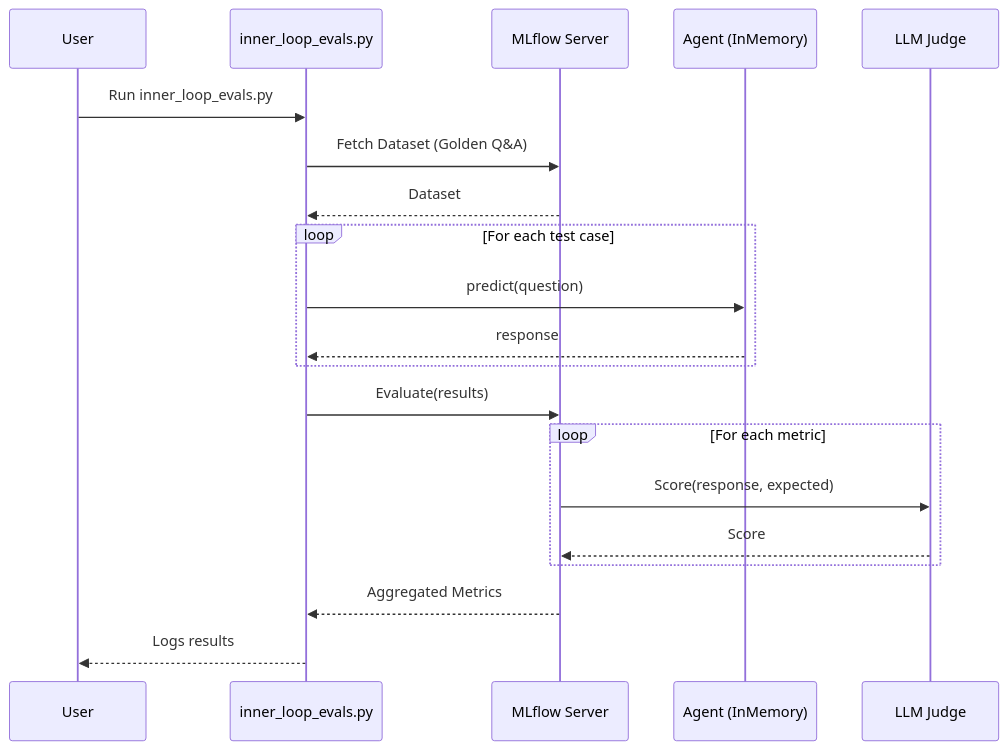
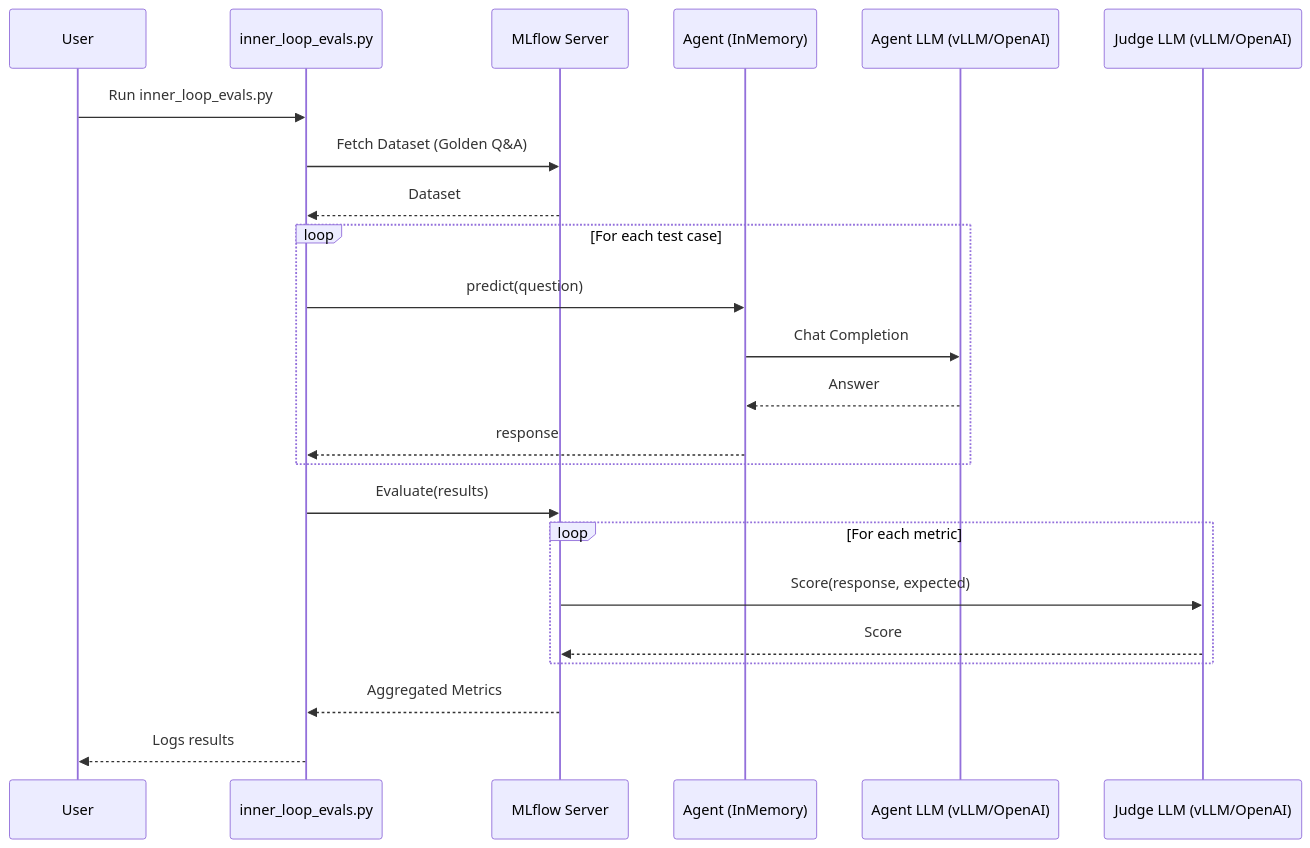
One commit to briangallagher/demo_mlflow_agent_tracing changed the fourth of 5 diagrams in README.md. Above: the diagram before and after it, drawn with Mermaid. The commit also changed other lines of this file, not shown here.

````diff
--- a/README.md
+++ b/README.md
@@ -254,26 +255,29 @@
 ```mermaid
 sequenceDiagram
     participant User
     participant Script as inner_loop_evals.py
     participant MLflow as MLflow Server
     participant Agent as Agent (InMemory)
-    participant Judge as LLM Judge
+    participant LLM as Agent LLM (vLLM/OpenAI)
+    participant Judge as Judge LLM (vLLM/OpenAI)
 
     User->>Script: Run inner_loop_evals.py
     Script->>MLflow: Fetch Dataset (Golden Q&A)
     MLflow-->>Script: Dataset
     
     loop For each test case
         Script->>Agent: predict(question)
+        Agent->>LLM: Chat Completion
+        LLM-->>Agent: Answer
         Agent-->>Script: response
     end
     
     Script->>MLflow: Evaluate(results)
     loop For each metric
         MLflow->>Judge: Score(response, expected)
         Judge-->>MLflow: Score
     end
     
     MLflow-->>Script: Aggregated Metrics
     Script-->>User: Logs results
 ```
````
